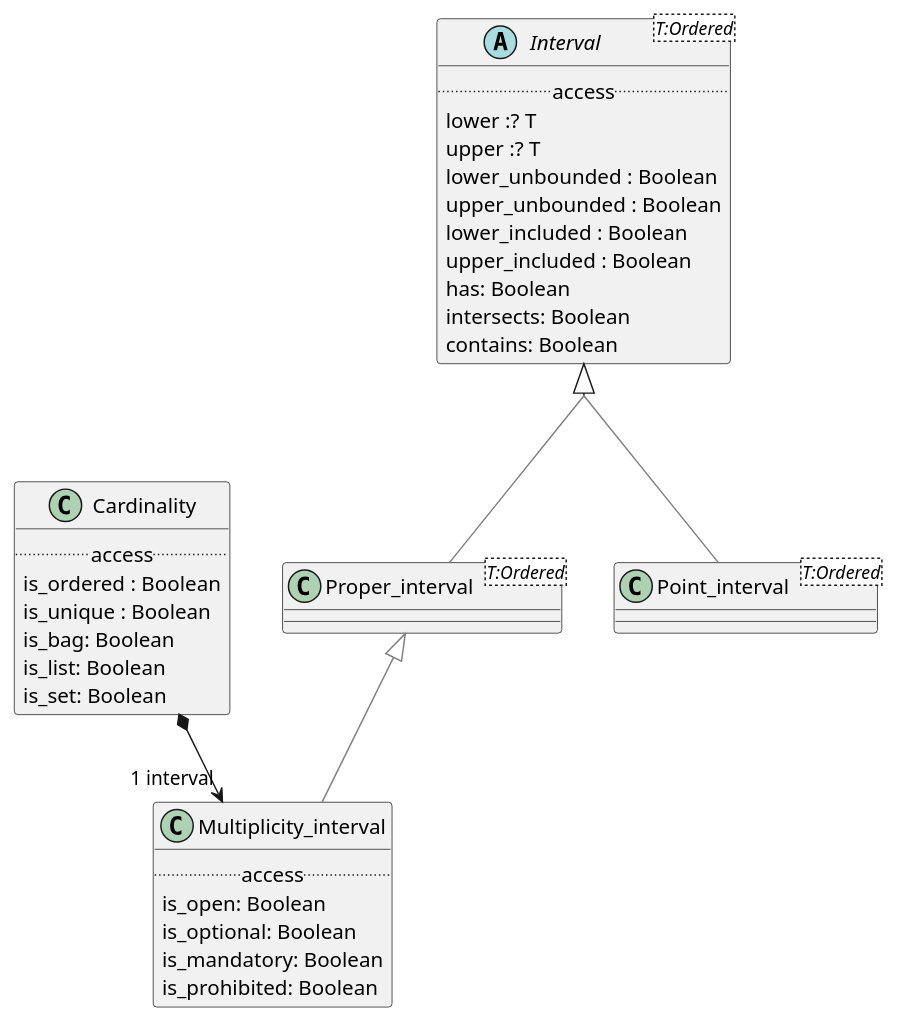
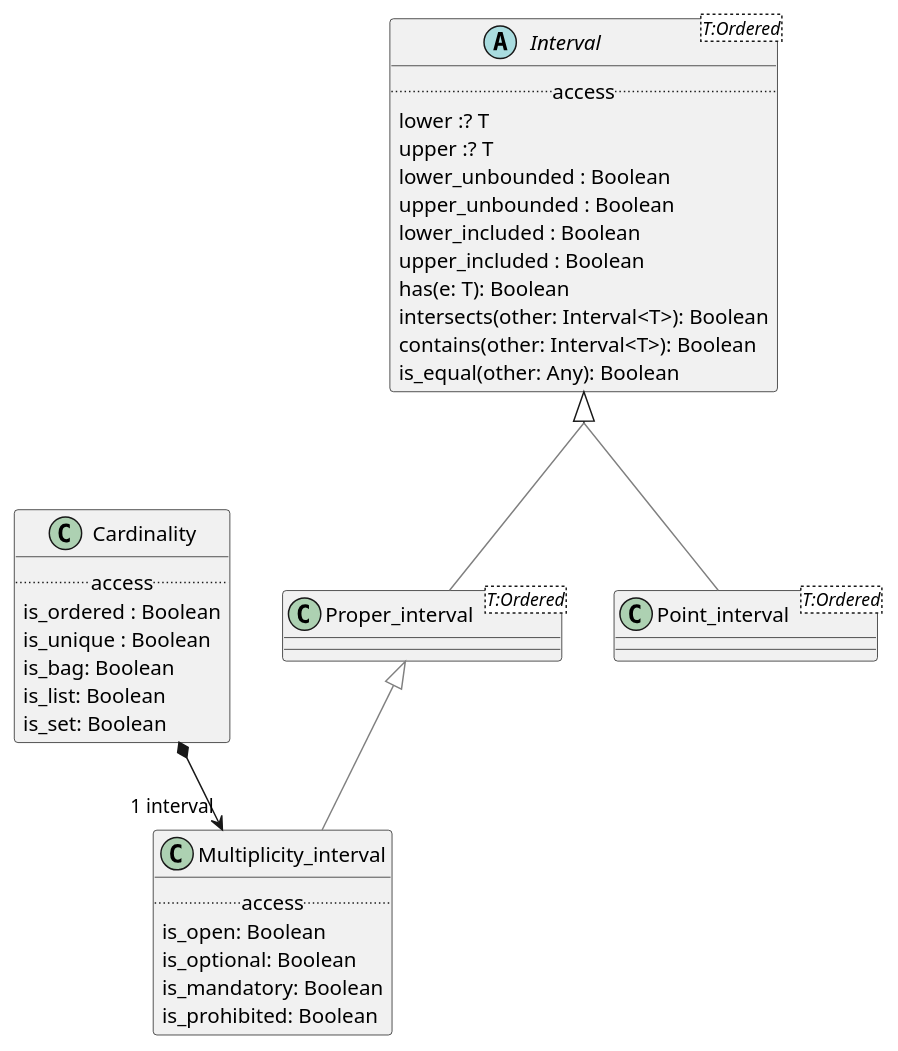
One commit to wolandscat/openehr-doc changed the diagram in modules/ROOT/examples/bmm/representation/builtin_types/interval/interval-package-uml.adoc. Above: the diagram before and after it, drawn with PlantUML. The commit also changed 541 other files, not shown here.

Commit message:
Regen with override markers, and override relations removed from UML.

```diff
--- a/modules/ROOT/examples/bmm/representation/builtin_types/interval/interval-package-uml.adoc
+++ b/modules/ROOT/examples/bmm/representation/builtin_types/interval/interval-package-uml.adoc
@@ -3,54 +3,55 @@
 [plantuml,opts=interactive,link=self]
 ....
 skinparam groupInheritance 2
 skinparam citedClassColor #FDFDFD
 
 
 class Point_interval<T:Ordered> [[/openehr-doc/latest/representation/builtin_types-gen.html#_class_point_interval]] {
 }
 
-Point_interval -[#gray]up-|> Interval  
+Point_interval -[#gray]up-|> Interval
 
 
 class Cardinality [[/openehr-doc/latest/representation/builtin_types-gen.html#_class_cardinality]] {
         .. access ..
         is_ordered : Boolean
         is_unique : Boolean
         is_bag: Boolean
         is_list: Boolean
         is_set: Boolean
 }
 
 Cardinality *--> "1 interval" Multiplicity_interval
 
 class Proper_interval<T:Ordered> [[/openehr-doc/latest/representation/builtin_types-gen.html#_class_proper_interval]] {
 }
 
-Proper_interval -[#gray]up-|> Interval  
+Proper_interval -[#gray]up-|> Interval
 
 
 class Multiplicity_interval [[/openehr-doc/latest/representation/builtin_types-gen.html#_class_multiplicity_interval]] {
         .. access ..
         is_open: Boolean
         is_optional: Boolean
         is_mandatory: Boolean
         is_prohibited: Boolean
 }
 
-Multiplicity_interval -[#gray]up-|> Proper_interval  
+Multiplicity_interval -[#gray]up-|> Proper_interval
 
 
 abstract class Interval<T:Ordered> [[/openehr-doc/latest/representation/builtin_types-gen.html#_class_interval]] {
         .. access ..
         lower :? T
         upper :? T
         lower_unbounded : Boolean
         upper_unbounded : Boolean
         lower_included : Boolean
         upper_included : Boolean
-        has: Boolean
-        intersects: Boolean
-        contains: Boolean
+        has(e: T): Boolean
+        intersects(other: Interval<T>): Boolean
+        contains(other: Interval<T>): Boolean
+        is_equal(other: Any): Boolean
 }
 
 ....
```
